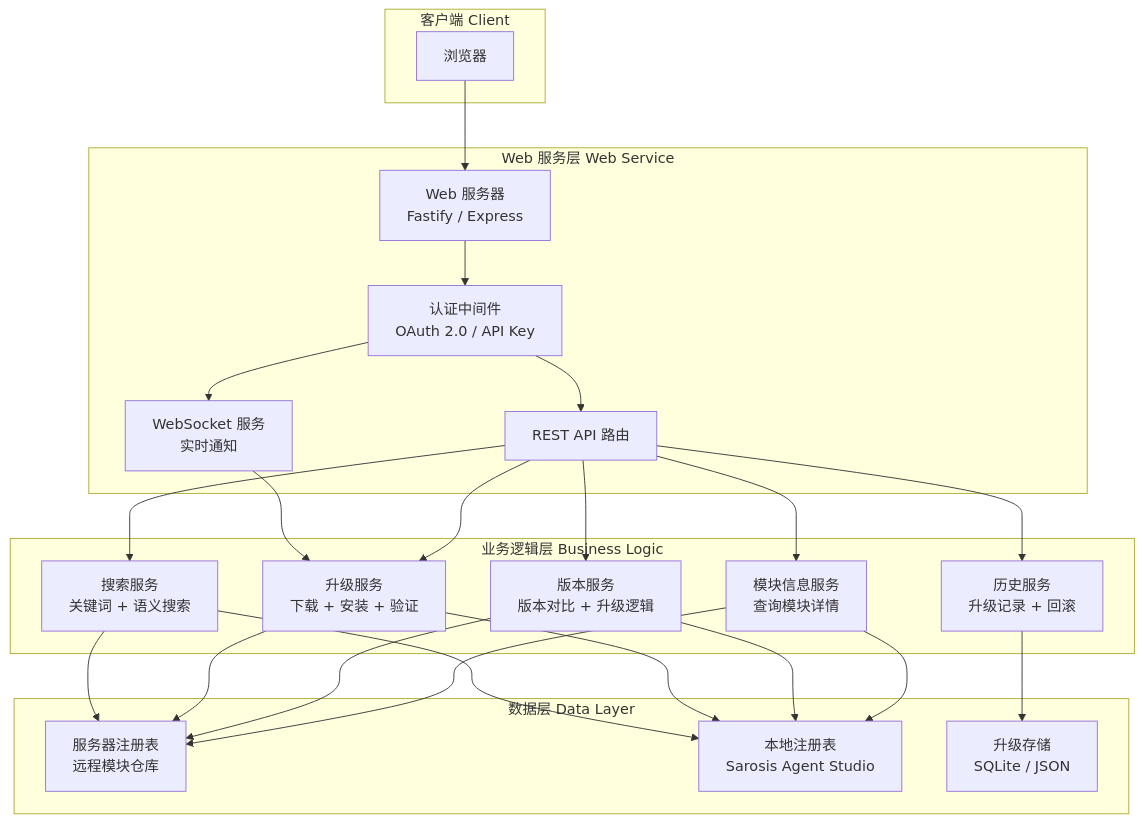
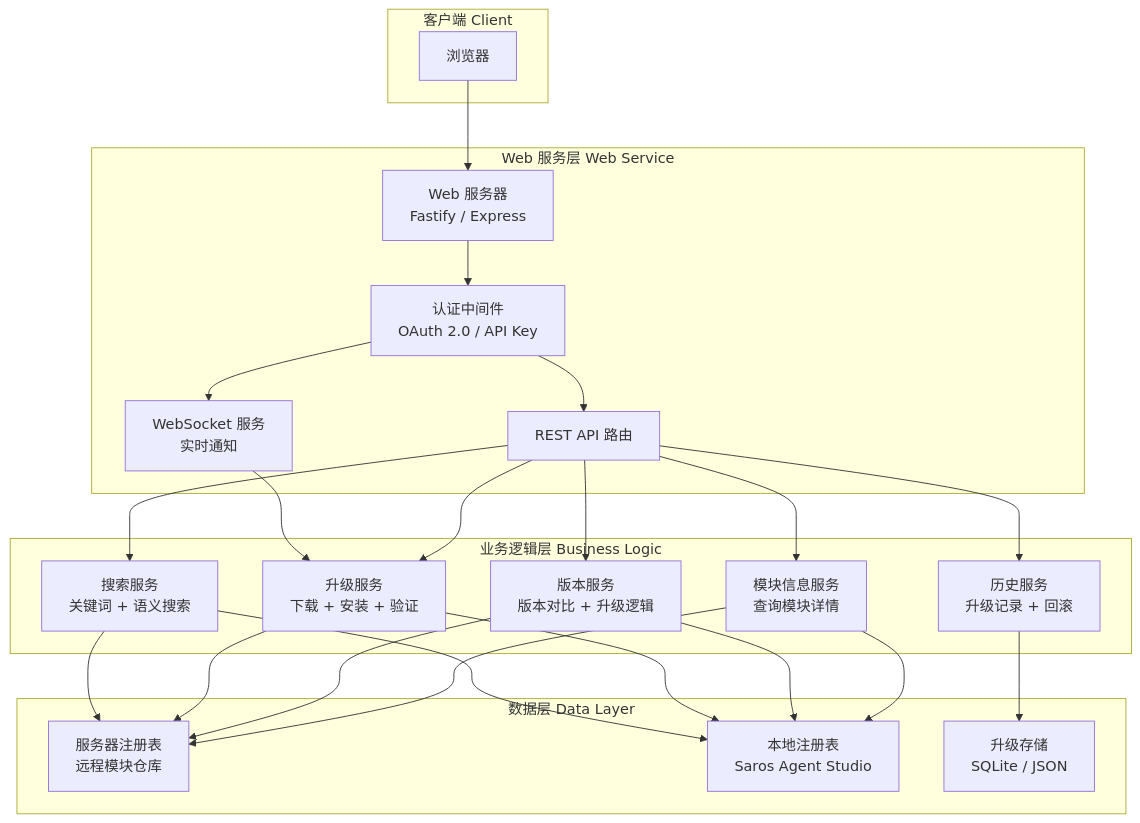
The eighth of 11 diagrams in doc/hivemind-team-collaboration-design.md (qiuzijian7/sarosis-agents-client), drawn with Mermaid before and after one commit. The commit also changed other lines of this file and 468 other files, not shown here.

First line of the commit message:
feat: 工作流画布 Comfy 编辑器与 comfyLauncher 集成，agentStudio 技能/记忆模块及大量测试

````diff
--- a/doc/hivemind-team-collaboration-design.md
+++ b/doc/hivemind-team-collaboration-design.md
@@ -1090,47 +1090,47 @@
 ```mermaid
 flowchart TB
     subgraph "客户端 Client"
         Browser[浏览器]
     end
 
     subgraph "Web 服务层 Web Service"
         WebServer[Web 服务器<br/>Fastify / Express]
         API[REST API 路由]
         Auth[认证中间件<br/>OAuth 2.0 / API Key]
         WS[WebSocket 服务<br/>实时通知]
     end
 
     subgraph "业务逻辑层 Business Logic"
         ModuleService[模块信息服务<br/>查询模块详情]
         VersionService[版本服务<br/>版本对比 + 升级逻辑]
         UpgradeService[升级服务<br/>下载 + 安装 + 验证]
         HistoryService[历史服务<br/>升级记录 + 回滚]
         SearchService[搜索服务<br/>关键词 + 语义搜索]
     end
 
     subgraph "数据层 Data Layer"
         ServerRegistry[服务器注册表<br/>远程模块仓库]
-        LocalRegistry[本地注册表<br/>Sarosis Agent Studio]
+        LocalRegistry[本地注册表<br/>Saros Agent Studio]
         UpgradeStore[升级存储<br/>SQLite / JSON]
     end
 
     Browser --> WebServer
     WebServer --> Auth
     Auth --> API
     Auth --> WS
     API --> ModuleService
     API --> VersionService
     API --> UpgradeService
     API --> HistoryService
     API --> SearchService
     ModuleService --> ServerRegistry
     ModuleService --> LocalRegistry
     VersionService --> ServerRegistry
     VersionService --> LocalRegistry
     UpgradeService --> LocalRegistry
     UpgradeService --> ServerRegistry
     HistoryService --> UpgradeStore
     SearchService --> ServerRegistry
     SearchService --> LocalRegistry
     WS --> UpgradeService
 ```
````
